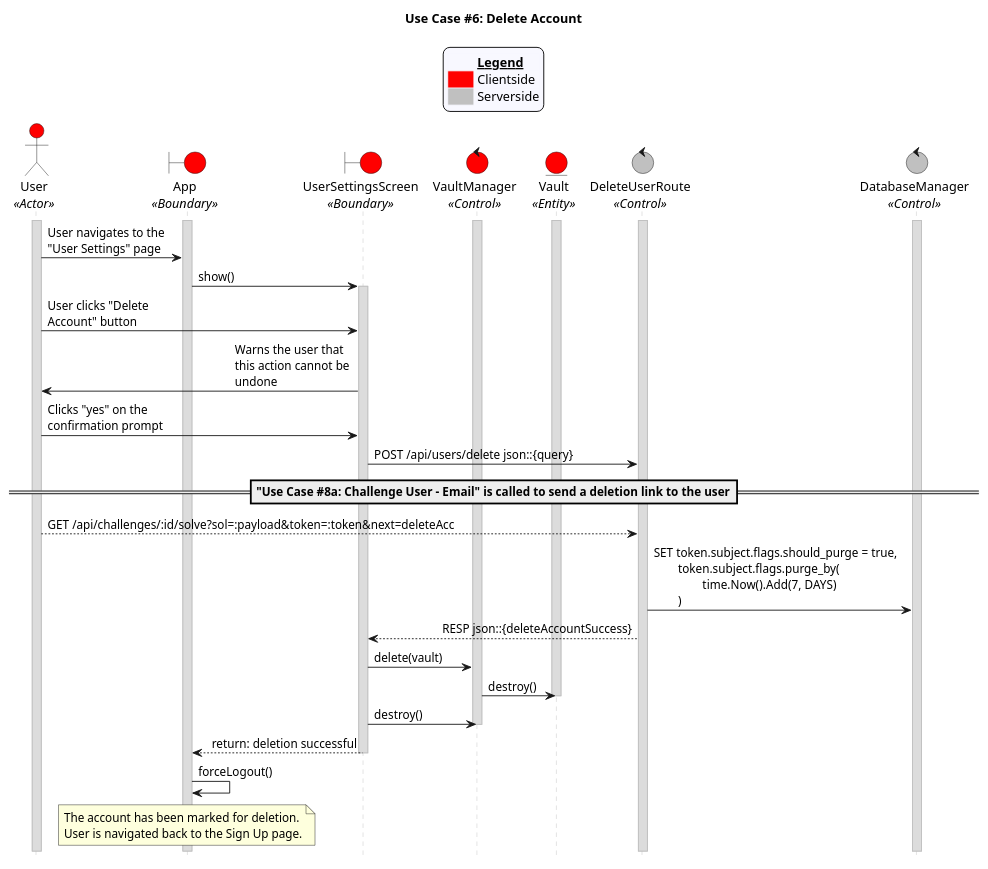
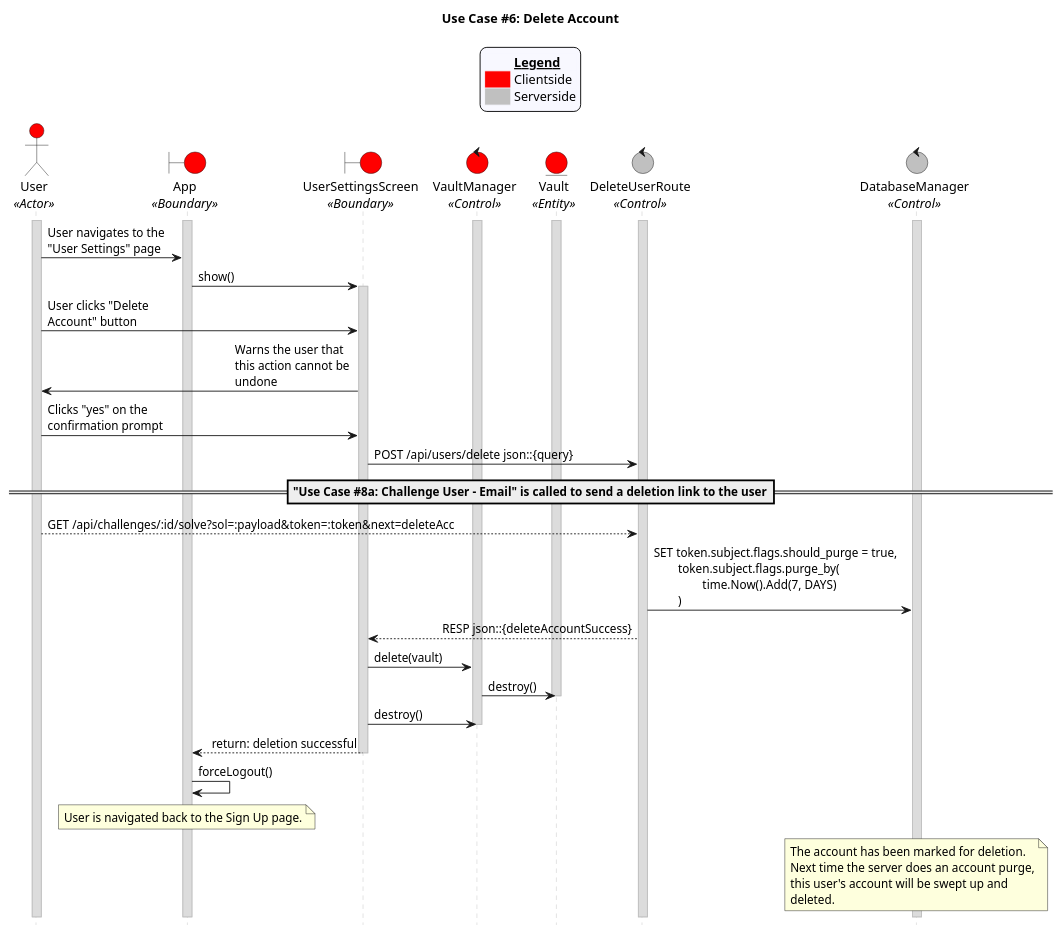
The diagram in uc_06.puml (CECS-491-SP24-Group-1/seq-diagrams), drawn with PlantUML before and after one commit.

Commit message:
Add clarification

```diff
--- a/uc_06.puml
+++ b/uc_06.puml
@@ -1,86 +1,92 @@
 @startuml uc06
 title "Use Case #6: Delete Account"
 
 'Styling goes here
 hide footbox
 skinparam stereotypePosition bottom
 skinparam sequenceMessageAlign direction
 skinparam sequence {
 	LifeLineBorderColor #Silver
 	LifeLineBackgroundColor #Gainsboro
 }
 
 'Add a legend plus styling
 skinparam legend {
 	backgroundColor #GhostWhite
 	entrySeparator #GhostWhite
 }
 
 legend top
 	<#GhostWhite,#GhostWhite>|	|= __Legend__ |
 	|<#red> | Clientside|
 	|<#silver> | Serverside|
 endlegend
 
 'Setup the objects
 actor User as u <<Actor>> #red
 boundary App as a <<Boundary>> #red
 boundary UserSettingsScreen as uss <<Boundary>> #red
 control VaultManager as vm <<Control>> #red
 entity Vault as v <<Entity>> #red
 control DeleteUserRoute as dur <<Control>> #silver
 control DatabaseManager as db <<Control>> #silver
 
 'Setup persistent objects here
 activate u
 activate a
 activate vm
 activate v
 activate dur
 activate db
 
 '--- FLOW OF CONTROL STARTS HERE ---
 'User navigates to the "User Settings" page.
 u -> a: User navigates to the \n"User Settings" page
 a -> uss: show()
 activate uss
 
 'User clicks "Delete Account" button.
 u -> uss: User clicks "Delete \nAccount" button
 uss -> u: Warns the user that \nthis action cannot be \nundone
 u -> uss: Clicks "yes" on the \nconfirmation prompt
 
 'Users device sends a deletion request to the server.
 uss -> dur: POST /api/users/delete json::{query}
 
 'Server challenges user to verify the authenticity of the user.
 'Server sends an email containing a link to confirm account deletion.
 =="Use Case #8a: Challenge User - Email" is called to send a deletion link to the user==
 
 'User receives the email and clicks the link to finish the process of deleting account
 u --> dur: GET /api/challenges/:id/solve?sol=:payload&token=:token&next=deleteAcc
 
 'Database manager marks the account for deletion and sends the user a notification via email
 dur -> db: SET token.subject.flags.should_purge = true,\n\ttoken.subject.flags.purge_by(\n\t\ttime.Now().Add(7, DAYS)\n\t)
 
 'Do cleanup serverside.
 dur --> uss: RESP json::{deleteAccountSuccess}
 uss -> vm: delete(vault)
 vm -> v: destroy()
 deactivate v
 uss -> vm: destroy()
 deactivate vm
 uss --> a: return: deletion successful
 
 'User is navigated to the “Sign Up” page.
 deactivate uss
 a -> a: forceLogout()
 
+'Cleanup
 note over a
-  The account has been marked for deletion.
-  User is navigated back to the Sign Up page.
+	User is navigated back to the Sign Up page.
+end note
+
+note over db
+	The account has been marked for deletion.
+	Next time the server does an account purge,
+	this user's account will be swept up and 
+	deleted.
 end note
 '--- FLOW OF CONTROL ENDS HERE   ---
 
-
 @enduml
```
